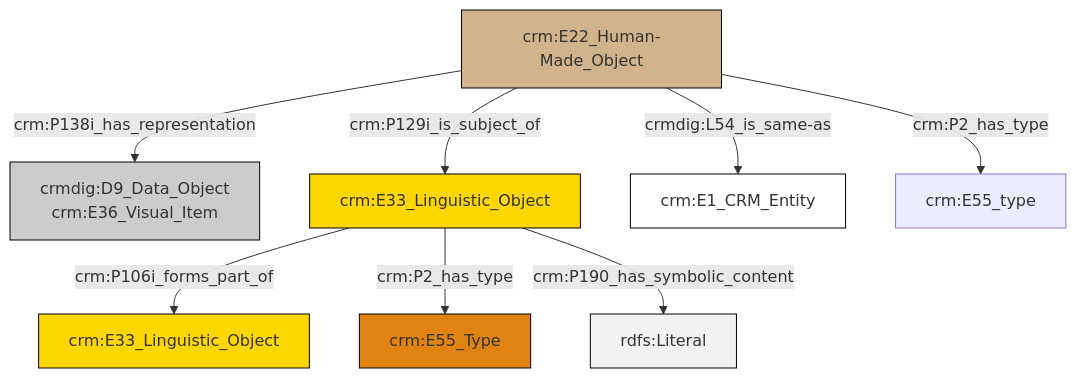
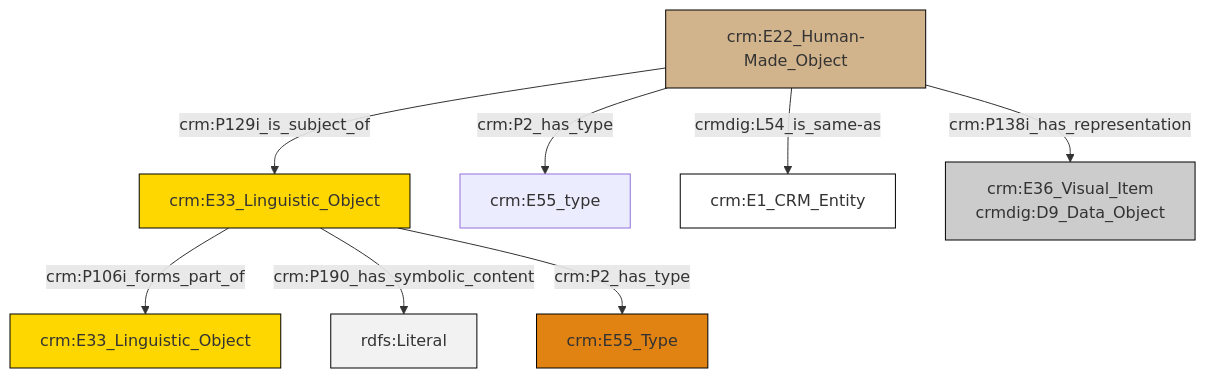
The diagram in et/artworkCSV/ttl/mmd/Artwork_Documentation.ttl.mmd (swiss-art-research-net/reference-data-models), drawn with Mermaid before and after one commit. The commit also changed 122 other files, not shown here.

```diff
--- a/et/artworkCSV/ttl/mmd/Artwork_Documentation.ttl.mmd
+++ b/et/artworkCSV/ttl/mmd/Artwork_Documentation.ttl.mmd
@@ -1,22 +1,22 @@
 graph TD
 classDef Literal fill:#f2f2f2,stroke:#000000;
 classDef CRM_Entity fill:#FFFFFF,stroke:#000000;
 classDef Temporal_Entity fill:#00C9E6, stroke:#000000;
 classDef Type fill:#E18312, stroke:#000000;
 classDef Time-Span fill:#2C9C91, stroke:#000000;
 classDef Appellation fill:#FFEB7F, stroke:#000000;
 classDef Place fill:#008836, stroke:#000000;
 classDef Persistent_Item fill:#B266B2, stroke:#000000;
 classDef Conceptual_Object fill:#FFD700, stroke:#000000;
 classDef Physical_Thing fill:#D2B48C, stroke:#000000;
 classDef Actor fill:#f58aad, stroke:#000000;
 classDef PC_Classes fill:#4ce600, stroke:#000000;
 classDef Multi fill:#cccccc,stroke:#000000;
 
-7["crm:E22_Human-Made_Object"]:::Physical_Thing -->|crm:P138i_has_representation| 0["crmdig:D9_Data_Object<br>crm:E36_Visual_Item"]:::Multi
-7["crm:E22_Human-Made_Object"]:::Physical_Thing -->|crm:P129i_is_subject_of| 2["crm:E33_Linguistic_Object"]:::Conceptual_Object
-2["crm:E33_Linguistic_Object"]:::Conceptual_Object -->|crm:P106i_forms_part_of| 9["crm:E33_Linguistic_Object"]:::Conceptual_Object
-7["crm:E22_Human-Made_Object"]:::Physical_Thing -->|crmdig:L54_is_same-as| 5["crm:E1_CRM_Entity"]:::CRM_Entity
-2["crm:E33_Linguistic_Object"]:::Conceptual_Object -->|crm:P2_has_type| 10["crm:E55_Type"]:::Type
-2["crm:E33_Linguistic_Object"]:::Conceptual_Object -->|crm:P190_has_symbolic_content| 12[rdfs:Literal]:::Literal
-7["crm:E22_Human-Made_Object"]:::Physical_Thing -->|crm:P2_has_type| 13["crm:E55_type"]:::Default
+4["crm:E22_Human-Made_Object"]:::Physical_Thing -->|crm:P2_has_type| 2["crm:E55_type"]:::Default
+0["crm:E33_Linguistic_Object"]:::Conceptual_Object -->|crm:P106i_forms_part_of| 5["crm:E33_Linguistic_Object"]:::Conceptual_Object
+0["crm:E33_Linguistic_Object"]:::Conceptual_Object -->|crm:P190_has_symbolic_content| 7[rdfs:Literal]:::Literal
+4["crm:E22_Human-Made_Object"]:::Physical_Thing -->|crmdig:L54_is_same-as| 8["crm:E1_CRM_Entity"]:::CRM_Entity
+4["crm:E22_Human-Made_Object"]:::Physical_Thing -->|crm:P138i_has_representation| 11["crm:E36_Visual_Item<br>crmdig:D9_Data_Object"]:::Multi
+0["crm:E33_Linguistic_Object"]:::Conceptual_Object -->|crm:P2_has_type| 9["crm:E55_Type"]:::Type
+4["crm:E22_Human-Made_Object"]:::Physical_Thing -->|crm:P129i_is_subject_of| 0["crm:E33_Linguistic_Object"]:::Conceptual_Object
```
